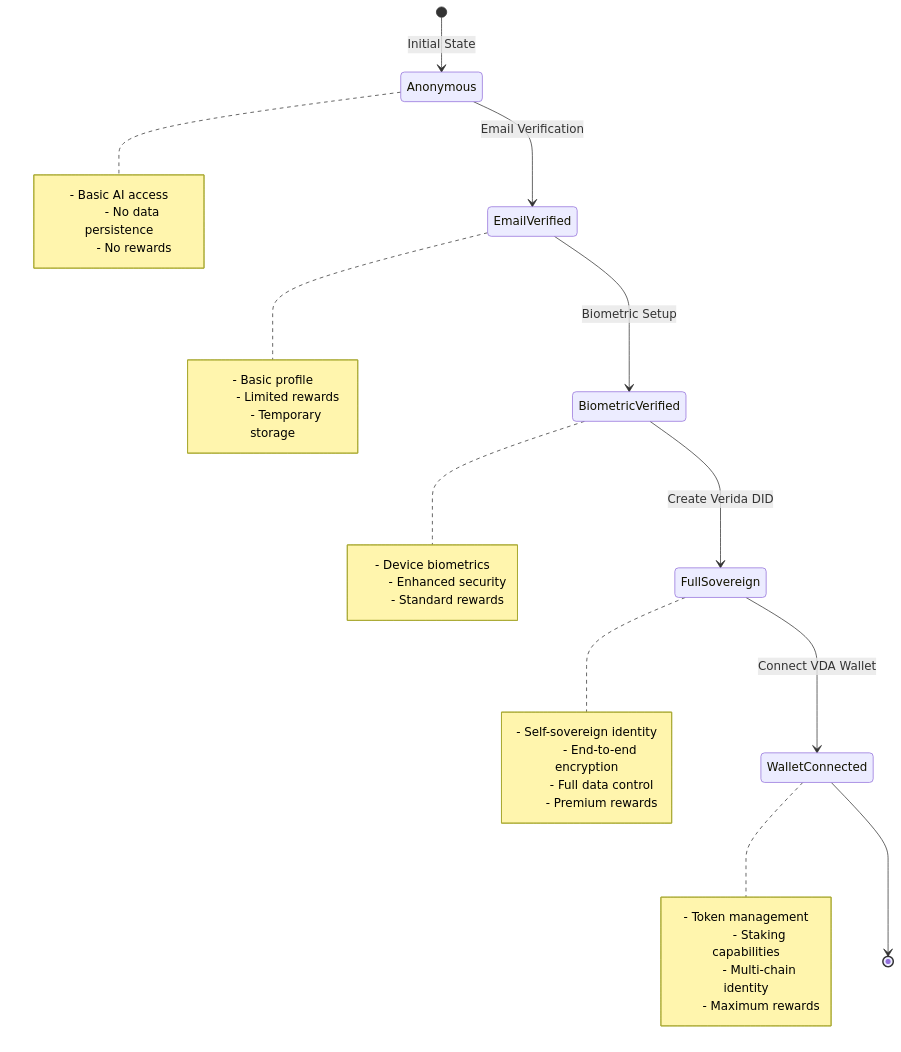
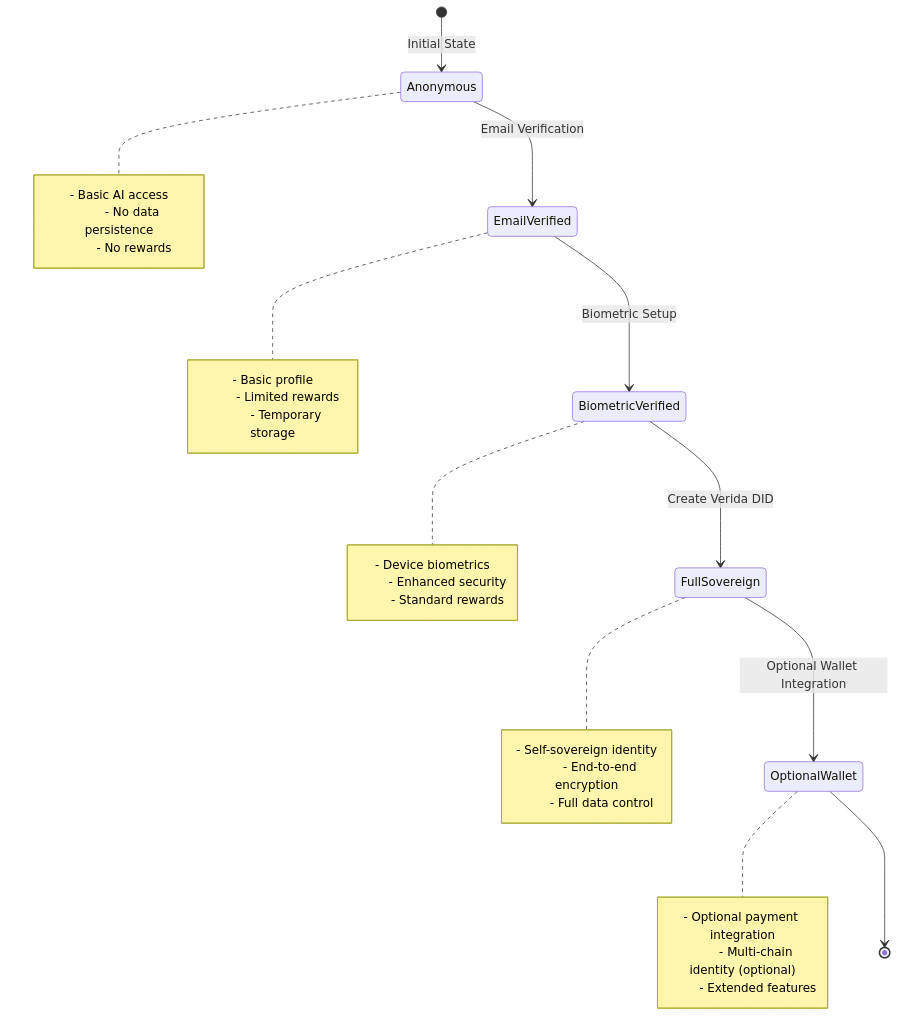
The sixth of 22 diagrams in docs/CHALLENGE_ARCHITECTURES.md (Kwaai-AI-Lab/KwaaiNet), drawn with Mermaid before and after one commit. The commit also changed other lines of this file and 10 other files, not shown here.

````diff
--- a/docs/CHALLENGE_ARCHITECTURES.md
+++ b/docs/CHALLENGE_ARCHITECTURES.md
@@ -300,42 +293,40 @@
 ```mermaid
 stateDiagram-v2
     [*] --> Anonymous: Initial State
 
     Anonymous --> EmailVerified: Email Verification
     note right of Anonymous
         - Basic AI access
         - No data persistence
         - No rewards
     end note
 
     EmailVerified --> BiometricVerified: Biometric Setup
     note right of EmailVerified
         - Basic profile
         - Limited rewards
         - Temporary storage
     end note
 
     BiometricVerified --> FullSovereign: Create Verida DID
     note right of BiometricVerified
         - Device biometrics
         - Enhanced security
         - Standard rewards
     end note
 
-    FullSovereign --> WalletConnected: Connect VDA Wallet
+    FullSovereign --> OptionalWallet: Optional Wallet Integration
     note right of FullSovereign
         - Self-sovereign identity
         - End-to-end encryption
         - Full data control
-        - Premium rewards
     end note
 
-    note right of WalletConnected
-        - Token management
-        - Staking capabilities
-        - Multi-chain identity
-        - Maximum rewards
+    note right of OptionalWallet
+        - Optional payment integration
+        - Multi-chain identity (optional)
+        - Extended features
     end note
 
-    WalletConnected --> [*]
+    OptionalWallet --> [*]
 ```
````
